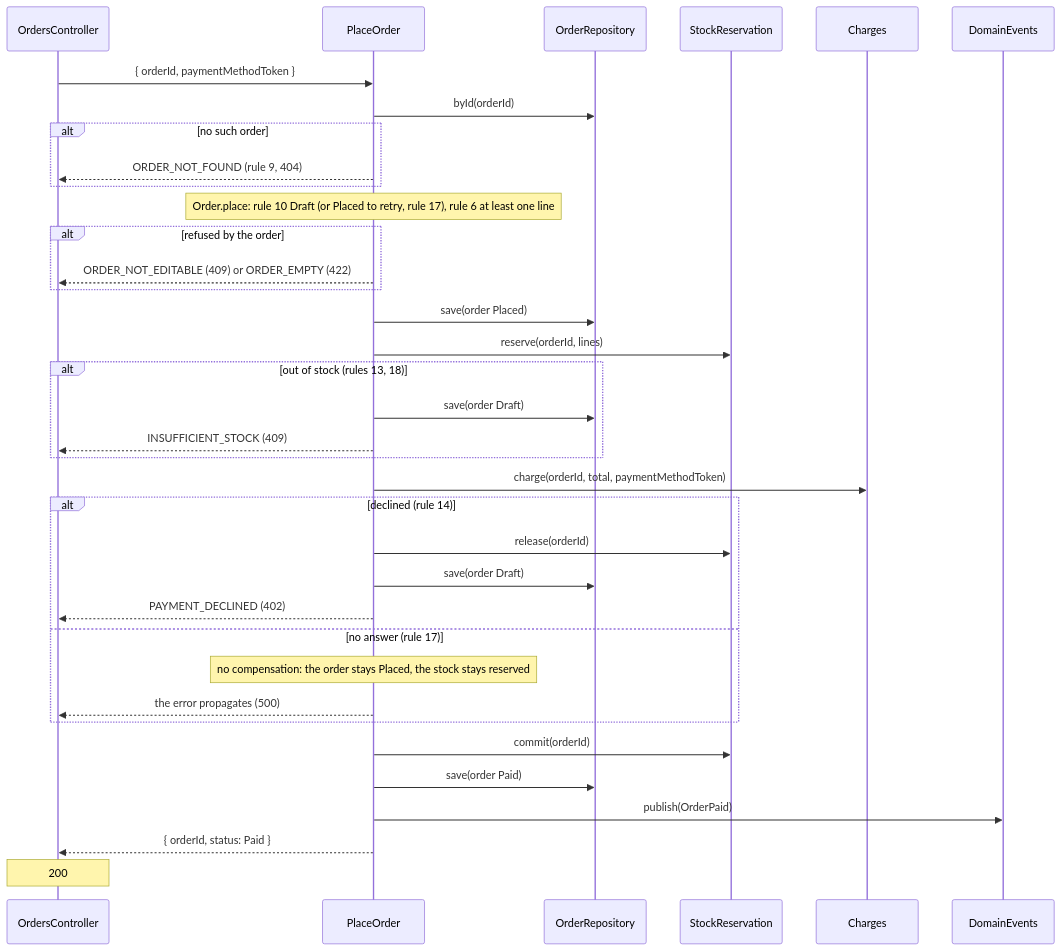
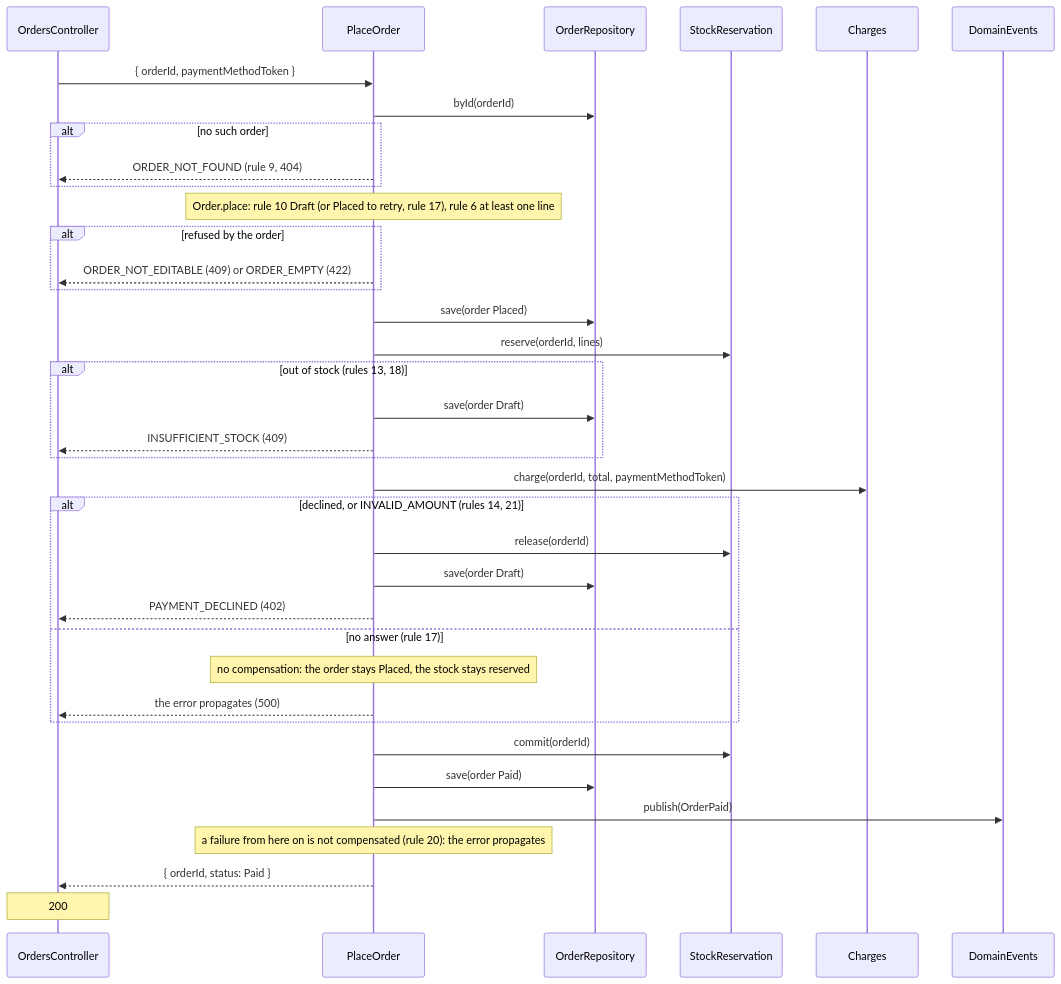
Before and after one commit to Project-Builder-Schematics/Anvil: the third of 5 diagrams in docs/ordering/flows.md, drawn with Mermaid. The commit also changed 9 other files, not shown here.

First line of the commit message:
fix(ordering): decline on an invalid amount and keep post-capture failures uncompensated

````diff
--- a/docs/ordering/flows.md
+++ b/docs/ordering/flows.md
@@ -52,38 +52,39 @@
 ```mermaid
 sequenceDiagram
   participant C as OrdersController
   participant U as PlaceOrder
   participant R as OrderRepository
   participant S as StockReservation
   participant P as Charges
   participant E as DomainEvents
   C->>U: { orderId, paymentMethodToken }
   U->>R: byId(orderId)
   alt no such order
     U-->>C: ORDER_NOT_FOUND (rule 9, 404)
   end
   Note over U: Order.place: rule 10 Draft (or Placed to retry, rule 17), rule 6 at least one line
   alt refused by the order
     U-->>C: ORDER_NOT_EDITABLE (409) or ORDER_EMPTY (422)
   end
   U->>R: save(order Placed)
   U->>S: reserve(orderId, lines)
   alt out of stock (rules 13, 18)
     U->>R: save(order Draft)
     U-->>C: INSUFFICIENT_STOCK (409)
   end
   U->>P: charge(orderId, total, paymentMethodToken)
-  alt declined (rule 14)
+  alt declined, or INVALID_AMOUNT (rules 14, 21)
     U->>S: release(orderId)
     U->>R: save(order Draft)
     U-->>C: PAYMENT_DECLINED (402)
   else no answer (rule 17)
     Note over U: no compensation: the order stays Placed, the stock stays reserved
     U-->>C: the error propagates (500)
   end
   U->>S: commit(orderId)
   U->>R: save(order Paid)
   U->>E: publish(OrderPaid)
+  Note over U: a failure from here on is not compensated (rule 20): the error propagates
   U-->>C: { orderId, status: Paid }
   Note over C: 200
 ```
````
